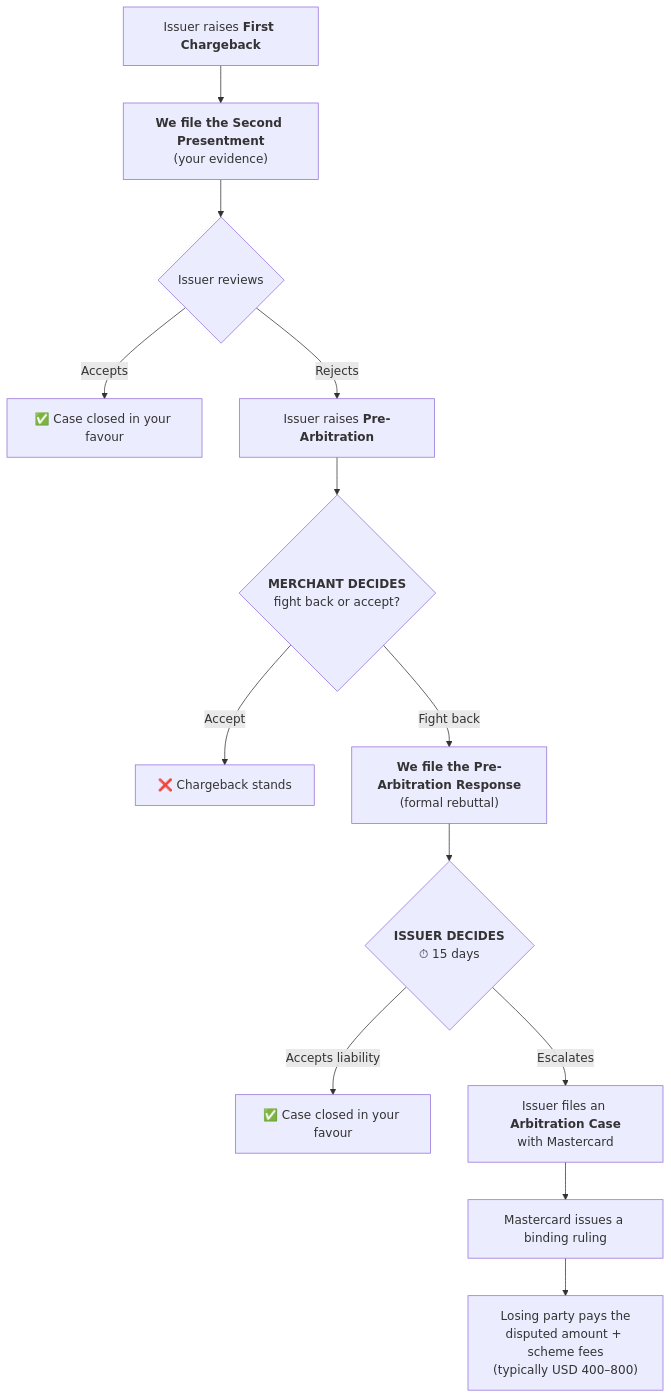
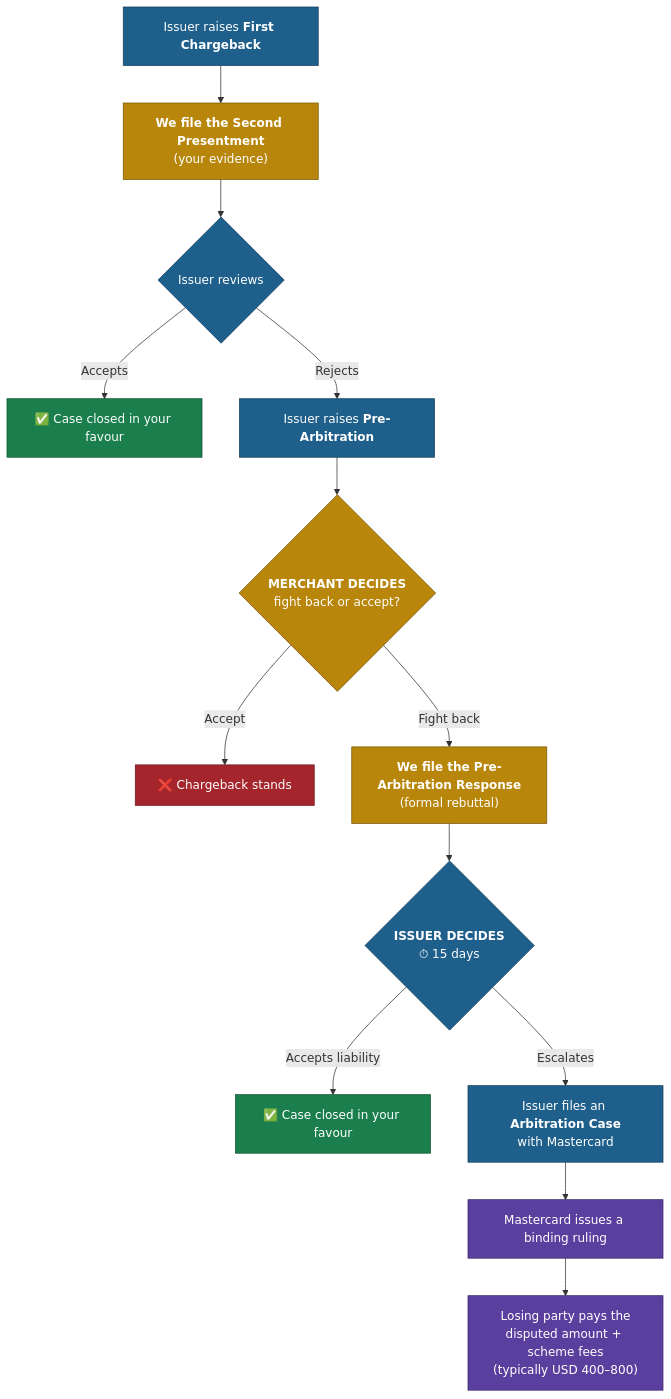
The fourth of 7 diagrams in docs/dispute-second-cycle-pre-arbitration-and-arbitration.md (rowintharanee-sys/Claude), drawn with Mermaid before and after one commit. The commit also changed other lines of this file and 17 other files, not shown here.

First line of the commit message:
Ship sharp, downloadable flow diagrams

````diff
--- a/docs/dispute-second-cycle-pre-arbitration-and-arbitration.md
+++ b/docs/dispute-second-cycle-pre-arbitration-and-arbitration.md
@@ -273,15 +302,27 @@
 ```mermaid
 flowchart TD
     A["Issuer raises <b>First Chargeback</b>"] --> B["<b>We file the Second Presentment</b><br/>(your evidence)"]
     B --> C{"Issuer reviews"}
     C -->|Accepts| W["✅ Case closed in your favour"]
     C -->|Rejects| D["Issuer raises <b>Pre-Arbitration</b>"]
     D --> E{"<b>MERCHANT DECIDES</b><br/>fight back or accept?"}
     E -->|Accept| L["❌ Chargeback stands"]
     E -->|Fight back| F["<b>We file the Pre-Arbitration Response</b><br/>(formal rebuttal)"]
     F --> G{"<b>ISSUER DECIDES</b><br/>⏱ 15 days"}
     G -->|Accepts liability| W2["✅ Case closed in your favour"]
     G -->|Escalates| H["Issuer files an <b>Arbitration Case</b><br/>with Mastercard"]
     H --> I["Mastercard issues a binding ruling"]
     I --> J["Losing party pays the<br/>disputed amount + scheme fees<br/>(typically USD 400–800)"]
+
+    classDef merchant fill:#b8860b,stroke:#7a5a07,color:#ffffff
+    classDef issuer fill:#1f5f8b,stroke:#15405e,color:#ffffff
+    classDef win fill:#1b7f4d,stroke:#0f5132,color:#ffffff
+    classDef loss fill:#a4262c,stroke:#6e1a1e,color:#ffffff
+    classDef arb fill:#5b3f9e,stroke:#3d2a6b,color:#ffffff
+    classDef neutral fill:#eef1f5,stroke:#8a94a3,color:#1a1a1a
+    class A,C,D,G,H issuer
+    class B,E,F merchant
+    class W,W2 win
+    class L loss
+    class I,J arb
 ```
````
